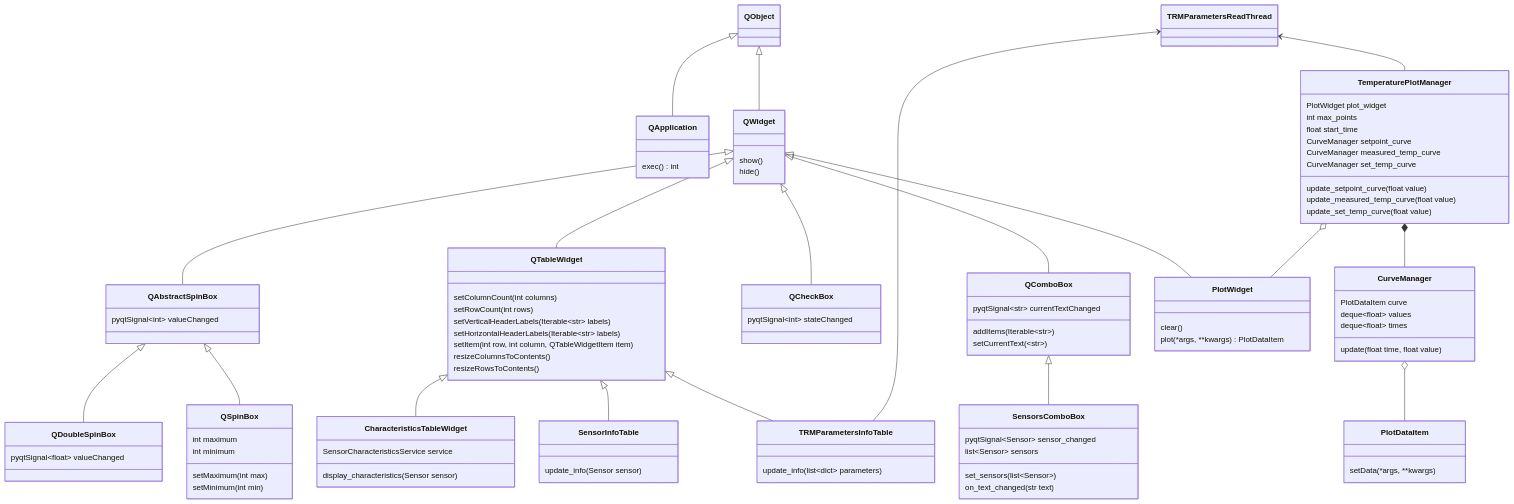
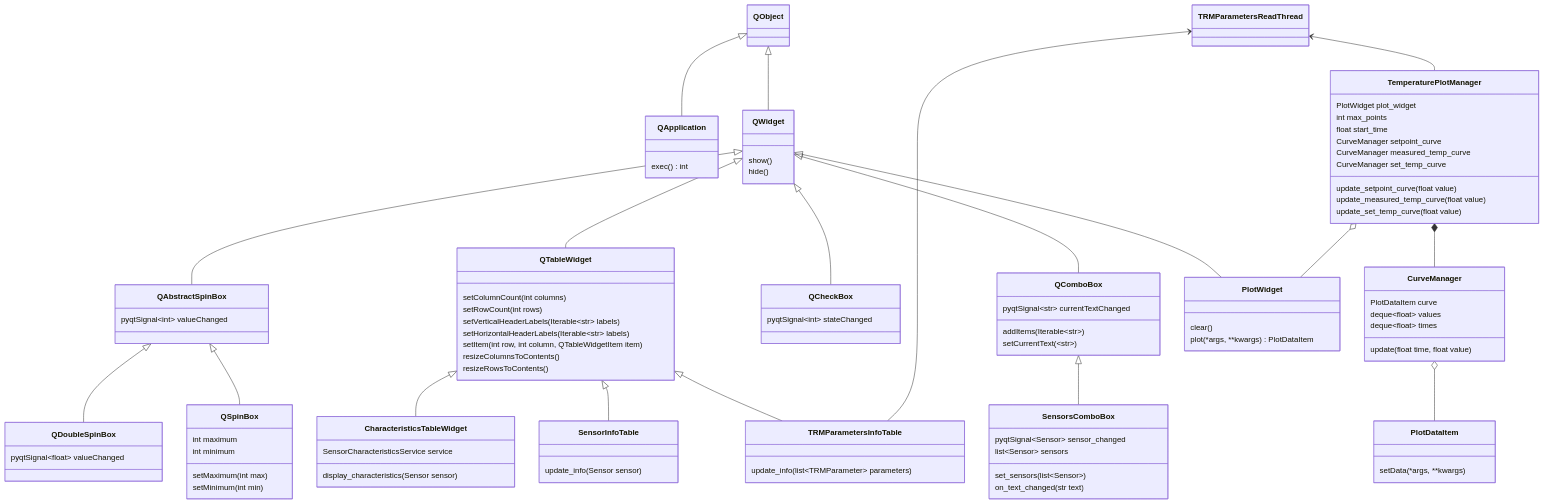
The sixth of 7 diagrams in data/diagrams/диаграмма классов.md (Marik28/dissertation), drawn with Mermaid before and after one commit. The commit also changed other lines of this file and 1 other file, not shown here.

Commit message:
change diagrams

```diff
--- a/data/diagrams/диаграмма классов.md
+++ b/data/diagrams/диаграмма классов.md
@@ -407,7 +407,7 @@
     }
     
     class TRMParametersInfoTable {
-        update_info(list~dict~ parameters)
+        update_info(list~TRMParameter~ parameters)
     }
     
     class SensorInfoTable{
```
